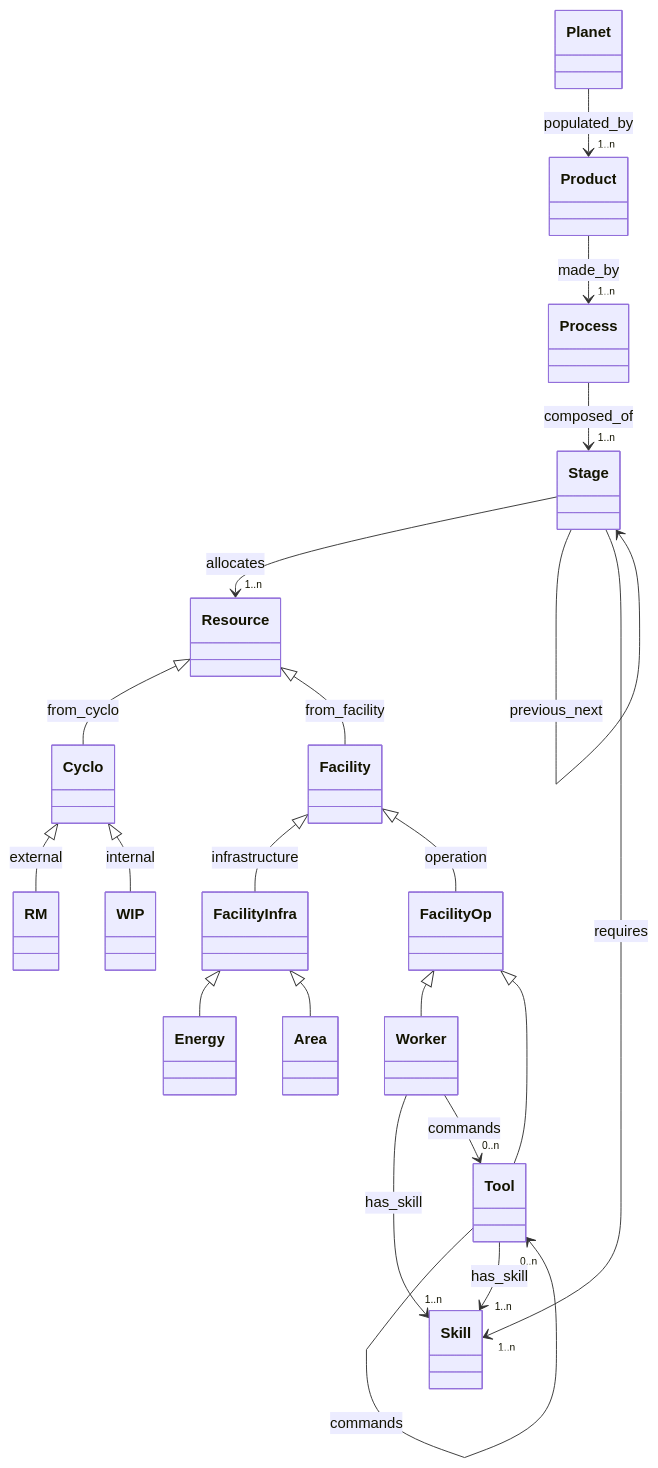
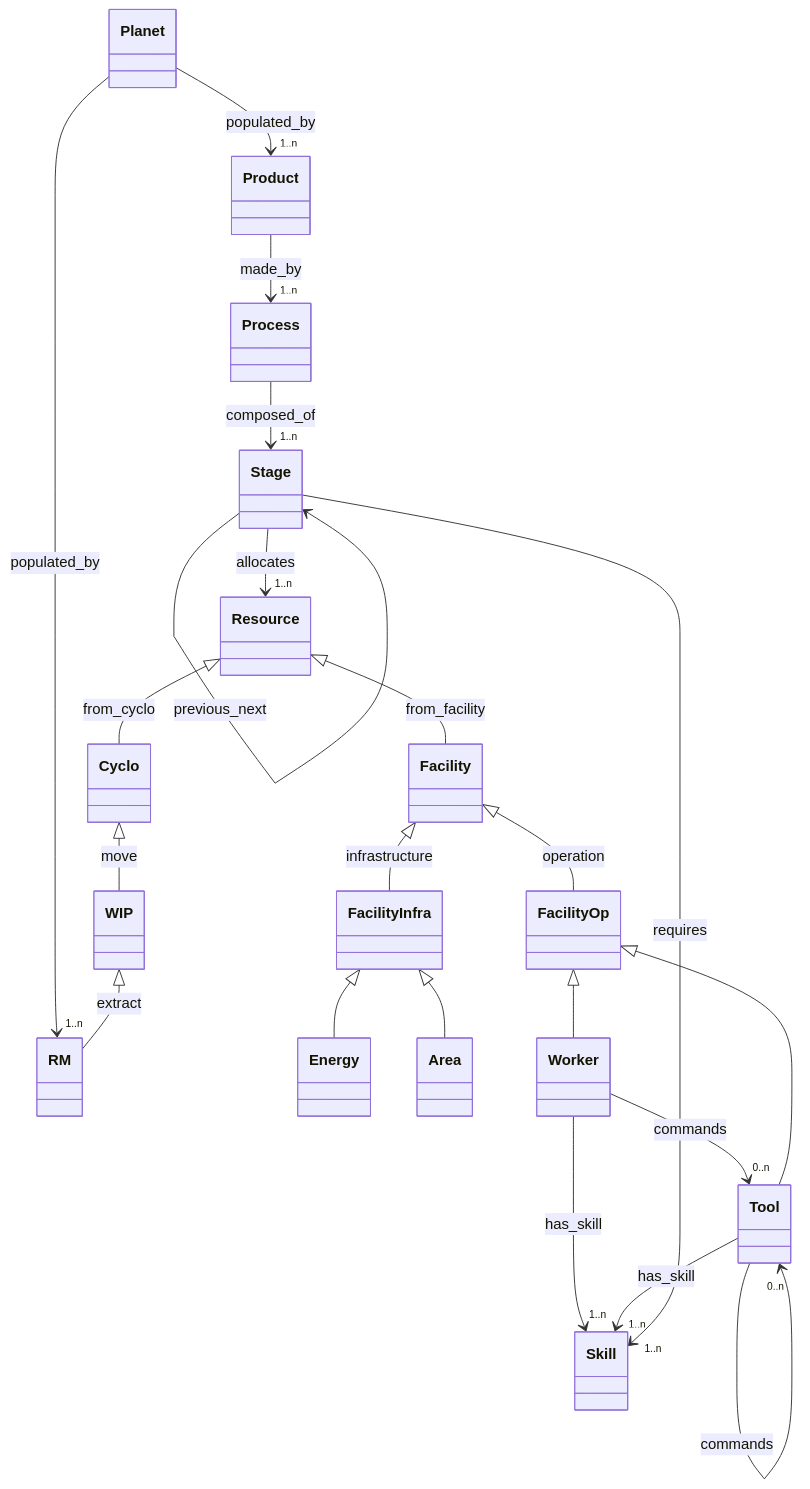
One commit to bampli/specs changed the first of 3 diagrams in content/docs/cyclo/time.md. Above: the diagram before and after it, drawn with Mermaid. The commit also changed other lines of this file, not shown here.

Commit message:
rev Planet model at Times of Gain

```diff
--- a/content/docs/cyclo/time.md
+++ b/content/docs/cyclo/time.md
@@ -25,23 +28,24 @@
 {{< mermaid >}}
 classDiagram
     Planet --> "1..n" Product : populated_by
+    Planet --> "1..n" RM : populated_by
     Product --> "1..n" Process : made_by
     Process --> "1..n" Stage : composed_of
     Stage --> "1..n" Resource : allocates
     Stage --> Stage : previous_next
+    WIP <|-- RM : extract
+    Cyclo <|-- WIP : move
+    FacilityInfra <|-- Energy
+    FacilityInfra <|-- Area
     Worker --> "1..n" Skill : has_skill
     Worker --> "0..n" Tool : commands
     Tool --> "0..n" Tool : commands
     Tool --> "1..n" Skill : has_skill
     Resource <|-- Cyclo : from_cyclo
-    Cyclo <|-- RM : external
-    Cyclo <|-- WIP : internal
     Resource <|-- Facility : from_facility
     Facility <|-- FacilityInfra : infrastructure
-    FacilityInfra <|-- Energy
-    FacilityInfra <|-- Area
-    Facility <|-- FacilityOp : operation
     FacilityOp <|-- Worker
     FacilityOp <|-- Tool
+    Facility <|-- FacilityOp : operation
     Stage --> "1..n" Skill : requires
 {{< /mermaid >}}
```
